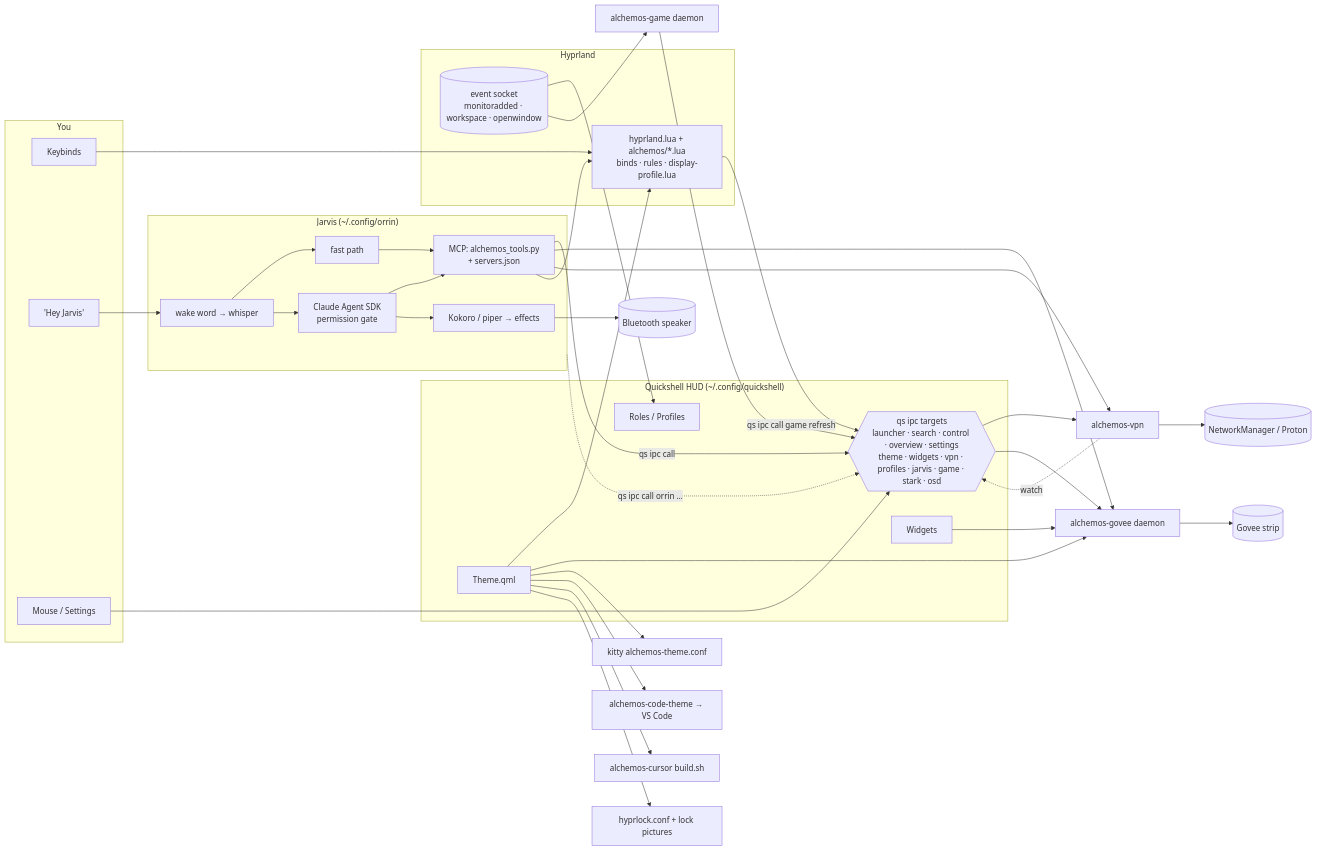
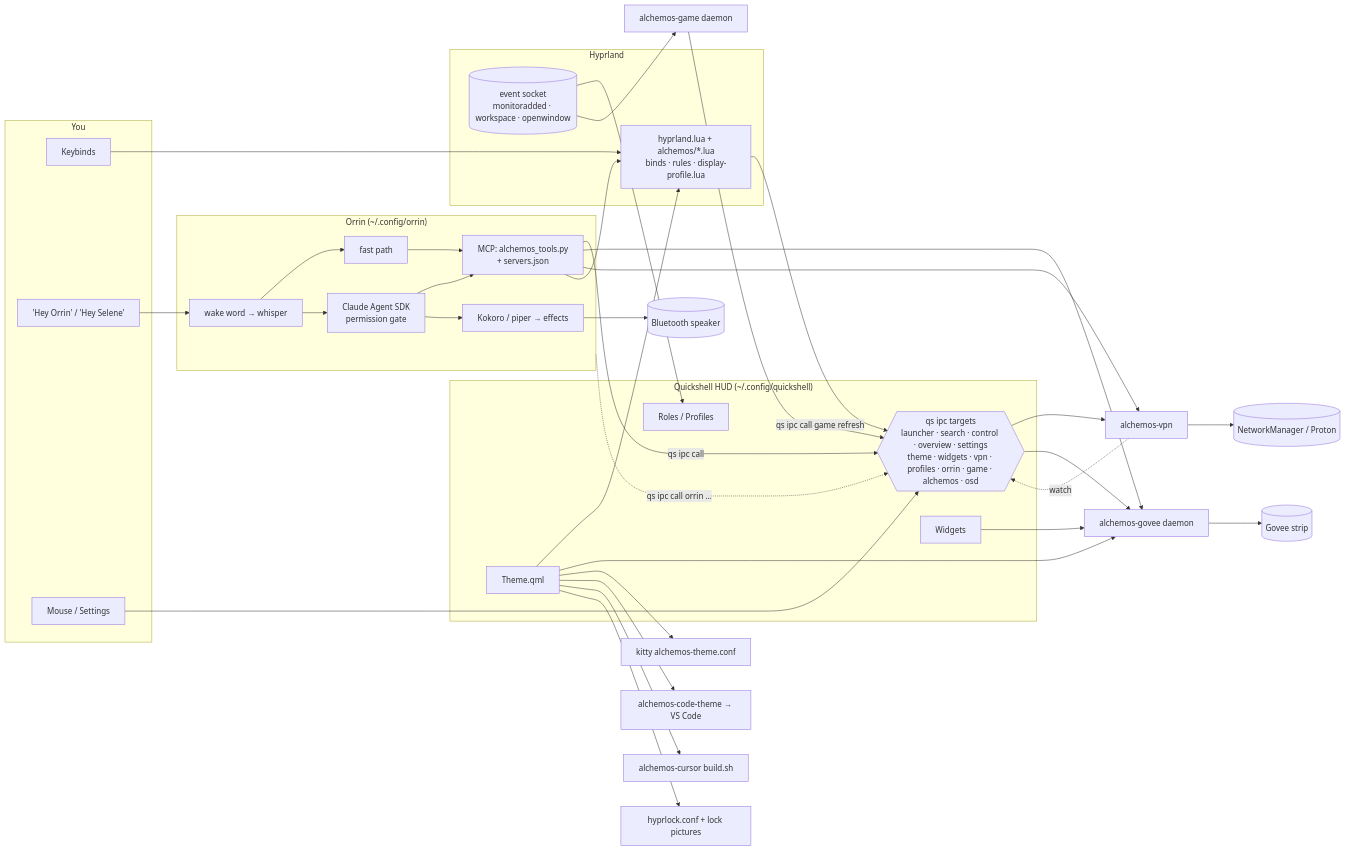
The diagram in .github/README.md (Tsheehan11/alchemos), drawn with Mermaid before and after one commit. The commit also changed other lines of this file and 66 other files, not shown here.

````diff
--- a/.github/README.md
+++ b/.github/README.md
@@ -385,52 +390,52 @@
 ```mermaid
 flowchart LR
     subgraph You
         K[Keybinds]
-        V["'Hey Jarvis'"]
+        V["'Hey Orrin' / 'Hey Selene'"]
         M[Mouse / Settings]
     end
 
     subgraph Hyprland
         H[hyprland.lua + alchemos/*.lua<br/>binds · rules · display-profile.lua]
         EV[(event socket<br/>monitoradded · workspace · openwindow)]
     end
 
     subgraph HUD["Quickshell HUD (~/.config/quickshell)"]
-        IPC{{qs ipc targets<br/>launcher · search · control · overview · settings<br/>theme · widgets · vpn · profiles · jarvis · game · stark · osd}}
+        IPC{{qs ipc targets<br/>launcher · search · control · overview · settings<br/>theme · widgets · vpn · profiles · orrin · game · alchemos · osd}}
         T[Theme.qml]
         R[Roles / Profiles]
         W[Widgets]
     end
 
-    subgraph Jarvis["Jarvis (~/.config/orrin)"]
+    subgraph Orrin["Orrin (~/.config/orrin)"]
         EAR[wake word → whisper]
         FP[fast path]
         BR[Claude Agent SDK<br/>permission gate]
         MCP[MCP: alchemos_tools.py<br/>+ servers.json]
         VO[Kokoro / piper → effects]
     end
 
     G[alchemos-govee daemon] --> STRIP[(Govee strip)]
     VPN[alchemos-vpn] --> NM[(NetworkManager / Proton)]
     GAME[alchemos-game daemon]
     BT[(Bluetooth speaker)]
 
     K --> H --> IPC
     M --> IPC
     EV --> R & GAME
     V --> EAR --> FP --> MCP
     EAR --> BR --> MCP
     MCP -->|qs ipc call| IPC
     MCP --> G & VPN & H
     BR --> VO --> BT
-    Jarvis -.->|qs ipc call orrin …| IPC
+    Orrin -.->|qs ipc call orrin …| IPC
     T --> H & G
     T --> KITTY[kitty alchemos-theme.conf]
     T --> CODE[alchemos-code-theme → VS Code]
     T --> CUR[alchemos-cursor build.sh]
     T --> LOCK[hyprlock.conf + lock pictures]
     IPC --> VPN & G
     VPN -.->|watch| IPC
     GAME -->|qs ipc call game refresh| IPC
     W --> G
 ```
````
